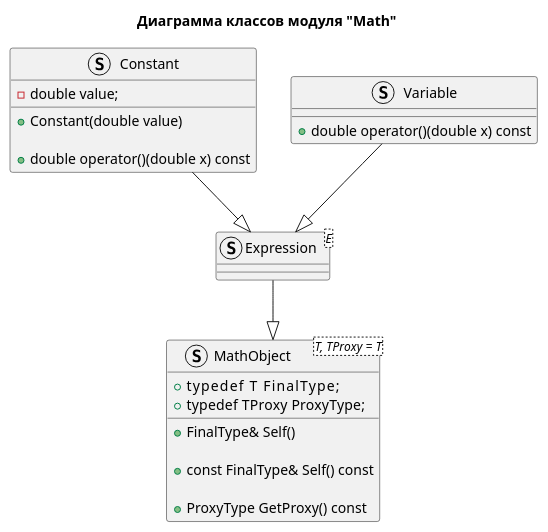
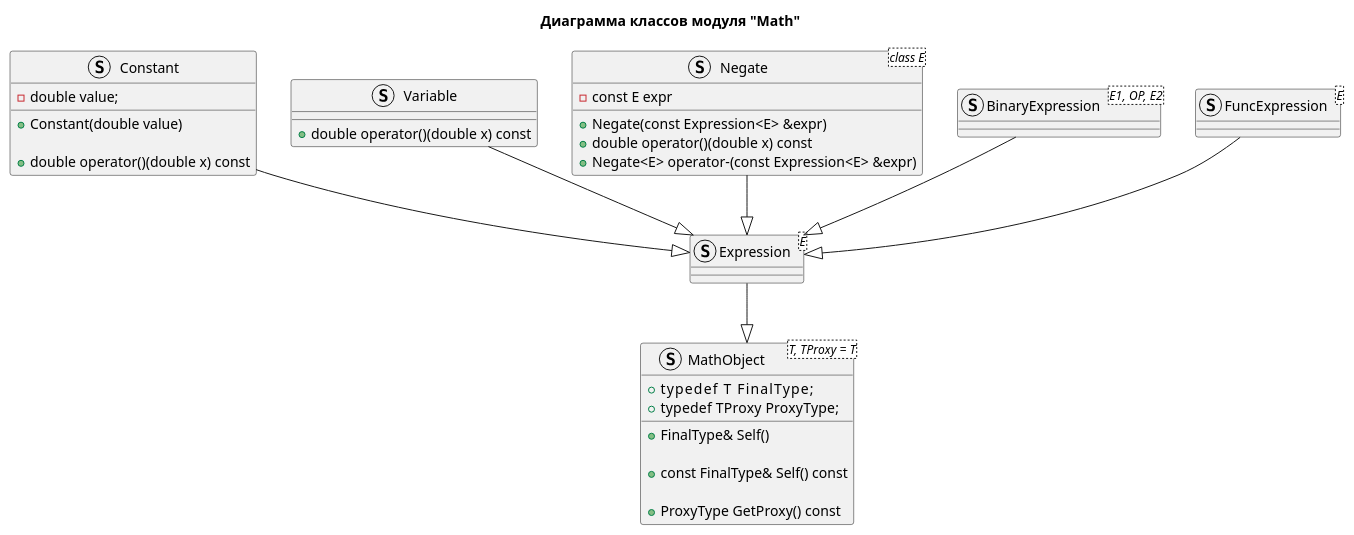
One commit to LitvinovVN/MathModAndPP changed the diagram in Testing_Thread_OpenMP_Cuda_K80_9/docs/class-diagram-Math.puml. Above: the diagram before and after it, drawn with PlantUML. The commit also changed 11 other files, not shown here.

```diff
--- a/Testing_Thread_OpenMP_Cuda_K80_9/docs/class-diagram-Math.puml
+++ b/Testing_Thread_OpenMP_Cuda_K80_9/docs/class-diagram-Math.puml
@@ -1,44 +1,62 @@
 @startuml
 
 title
 Диаграмма классов модуля "Math"
 end title
 
 'Математический объект. Базовый класс.
 struct MathObject<T, TProxy = T>
 {
     + typedef T       FinalType;
     + typedef TProxy  ProxyType;
 
     + FinalType& Self()
 
     + const FinalType& Self() const
 
     + ProxyType GetProxy() const
 }
 
 'Маркерный класс "Выражение"
 struct Expression<E>
 
 Expression --|> MathObject
 
 'Константа (в выражении)
 struct Constant
 {
     - double value;
     + Constant(double value)
 
     +double operator()(double x) const
 }
 
 Constant --|> Expression
 
 'Переменная (в выражении)
 struct Variable
 {
     + double operator()(double x) const
 }
 
 Variable --|> Expression
 
+'Отрицание (в выражении)
+struct Negate<class E>
+{
+    + Negate(const Expression<E> &expr)
+    + double operator()(double x) const
+    + Negate<E> operator-(const Expression<E> &expr)
+    - const E expr
+}
+Negate --|> Expression
+
+'Выражение с двумя операндами
+struct BinaryExpression<E1, OP, E2>
+BinaryExpression --|> Expression
+
+'Функция (в выражении)
+struct FuncExpression<E>
+FuncExpression --|> Expression
+
 @enduml
```
